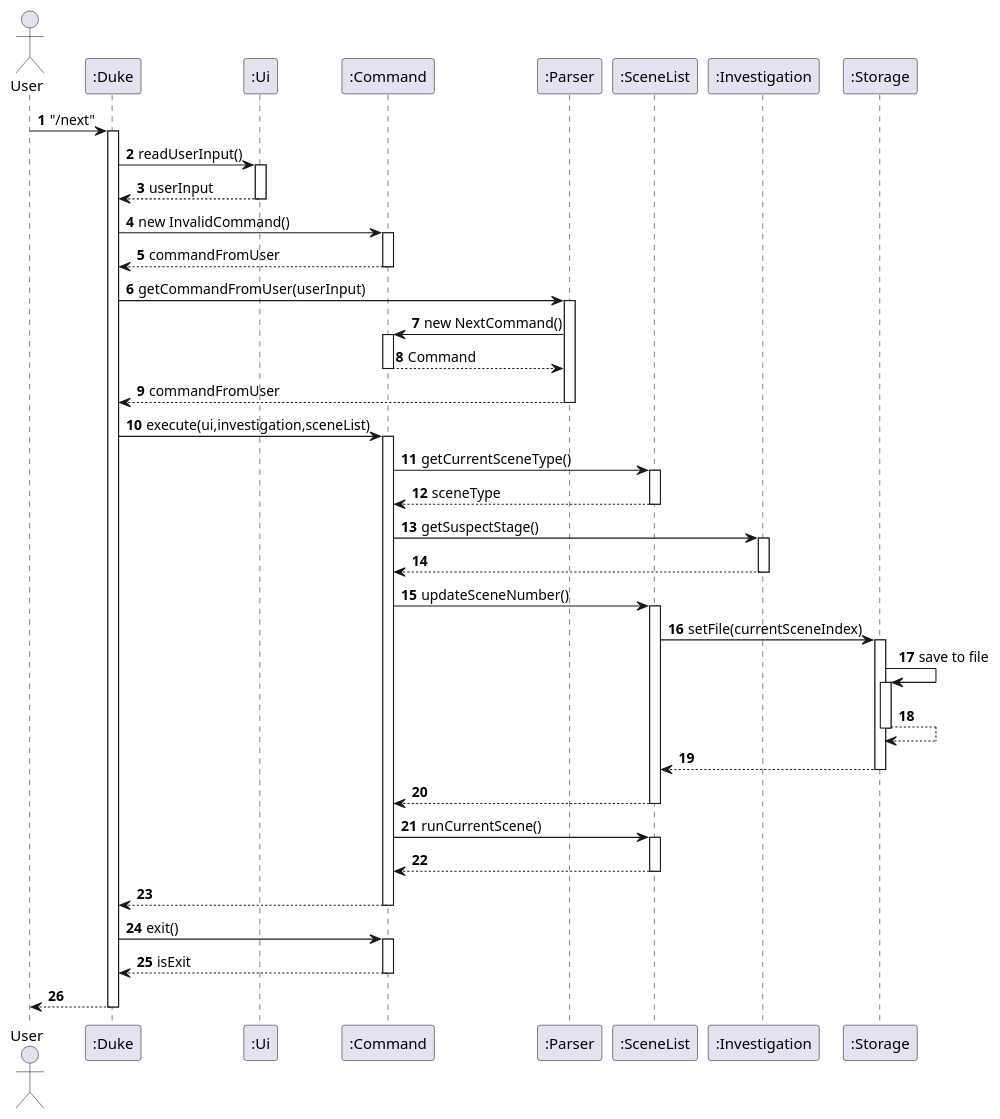
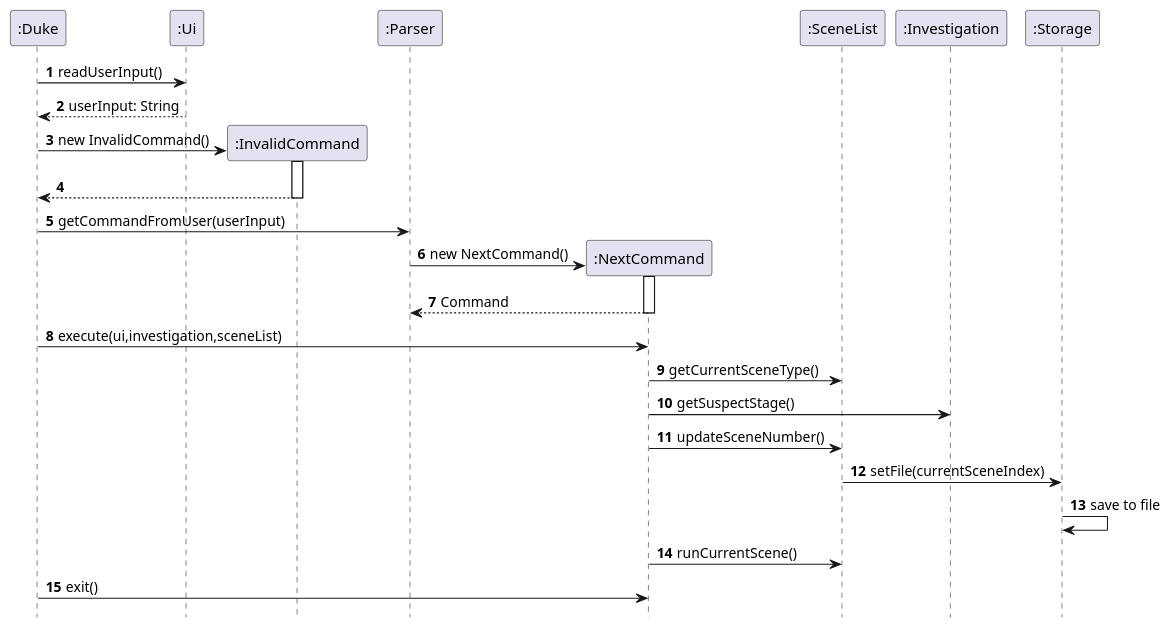
One commit to peng-217/tp changed the diagram in docs/main_architecture.puml. Above: the diagram before and after it, drawn with PlantUML. The commit also changed 1 other file, not shown here.

Commit message:
Use minimal notation for overall sequence diagram

```diff
--- a/docs/main_architecture.puml
+++ b/docs/main_architecture.puml
@@ -1,61 +1,30 @@
 @startuml
 'https://plantuml.com/sequence-diagram
 
 autonumber
+hide footbox
 
-
-actor User
-User -> ":Duke": "/next"
-activate ":Duke"
 ":Duke" -> ":Ui": readUserInput()
-activate ":Ui"
-":Duke" <-- ":Ui": userInput
-deactivate ":Ui"
-":Duke" -> ":Command": new InvalidCommand()
-activate ":Command"
-":Duke" <-- ":Command": commandFromUser
-deactivate ":Command"
+":Duke" <-- ":Ui": userInput: String
+create ":InvalidCommand"
+":Duke" -> ":InvalidCommand": new InvalidCommand()
+activate ":InvalidCommand"
+":Duke" <-- ":InvalidCommand":
+deactivate ":InvalidCommand"
 ":Duke" -> ":Parser": getCommandFromUser(userInput)
-activate ":Parser"
-":Parser" -> ":Command": new NextCommand()
-activate ":Command"
-":Parser" <-- ":Command": Command
-deactivate ":Command"
-":Duke" <-- ":Parser": commandFromUser
-deactivate ":Parser"
-":Duke" -> ":Command": execute(ui,investigation,sceneList)
-activate ":Command"
-":Command" -> ":SceneList": getCurrentSceneType()
-activate ":SceneList"
-":Command" <-- ":SceneList": sceneType
-deactivate ":SceneList"
-":Command" -> ":Investigation": getSuspectStage()
-activate ":Investigation"
-":Command" <-- ":Investigation"
-deactivate ":Investigation"
-":Command" -> ":SceneList": updateSceneNumber()
-activate ":SceneList"
+create ":NextCommand"
+":Parser" -> ":NextCommand": new NextCommand()
+activate ":NextCommand"
+":Parser" <-- ":NextCommand": Command
+deactivate ":NextCommand"
+":Duke" -> ":NextCommand": execute(ui,investigation,sceneList)
+":NextCommand" -> ":SceneList": getCurrentSceneType()
+":NextCommand" -> ":Investigation": getSuspectStage()
+":NextCommand" -> ":SceneList": updateSceneNumber()
 ":SceneList" -> ":Storage": setFile(currentSceneIndex)
-activate ":Storage"
 ":Storage" -> ":Storage": save to file
-activate ":Storage"
-return
-":SceneList" <-- ":Storage"
-deactivate ":Storage"
-":Command" <-- ":SceneList"
-deactivate ":SceneList"
-":Command" -> ":SceneList": runCurrentScene()
-activate ":SceneList"
-":Command" <-- ":SceneList"
-deactivate ":SceneList"
-":Duke" <-- ":Command"
-deactivate ":Command"
-":Duke" -> ":Command": exit()
-activate ":Command"
-":Duke" <-- ":Command": isExit
-deactivate ":Command"
-User <-- ":Duke"
-deactivate ":Duke"
+":NextCommand" -> ":SceneList": runCurrentScene()
+":Duke" -> ":NextCommand": exit()
 
 
 @enduml
```
